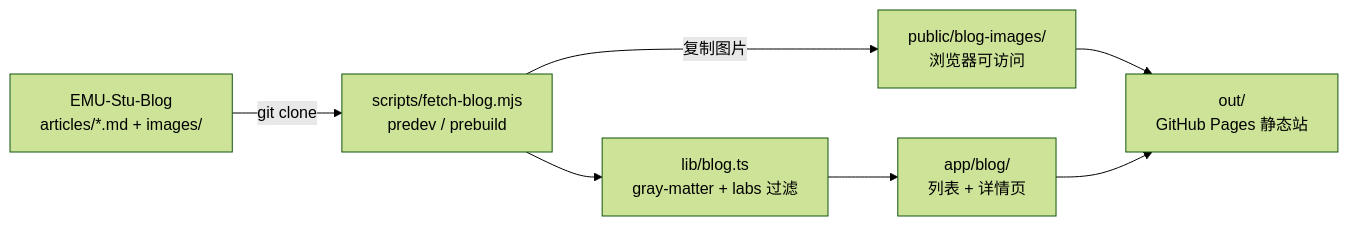
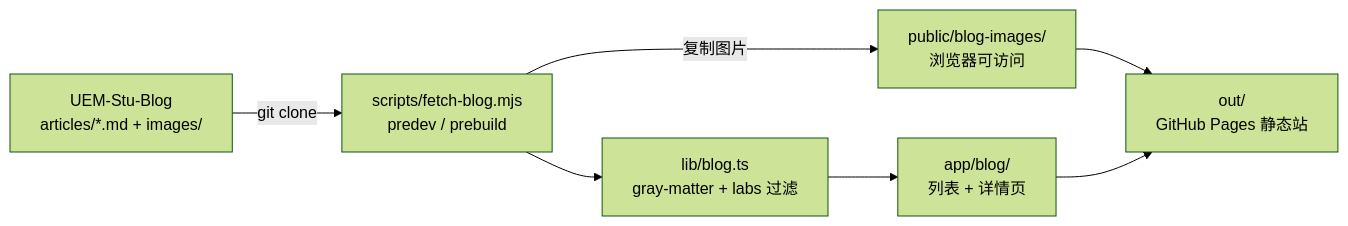
Before and after one commit to EMU-Stu/EMU-Stu-Blog: the diagram in articles/lab-web-blog-auto-fetch-howto.md, drawn with Mermaid (forest theme). The commit also changed other lines of this file and 5 other files, not shown here.

First line of the commit message:
docs: EMU-Stu → UEM-Stu 品牌更名（README/articles/workflow）

````diff
--- a/articles/lab-web-blog-auto-fetch-howto.md
+++ b/articles/lab-web-blog-auto-fetch-howto.md
@@ -18,16 +18,16 @@
 ```mermaid
 flowchart LR
-  Blog["EMU-Stu-Blog\narticles/*.md + images/"]
+  Blog["UEM-Stu-Blog\narticles/*.md + images/"]
   Fetch["scripts/fetch-blog.mjs\npredev / prebuild"]
   Parse["lib/blog.ts\ngray-matter + labs 过滤"]
   Pages["app/blog/\n列表 + 详情页"]
   Public["public/blog-images/\n浏览器可访问"]
   Out["out/\nGitHub Pages 静态站"]
 
   Blog -->|git clone| Fetch
   Fetch -->|复制图片| Public
   Fetch --> Parse
   Parse --> Pages
   Public --> Out
   Pages --> Out
 ```
````
